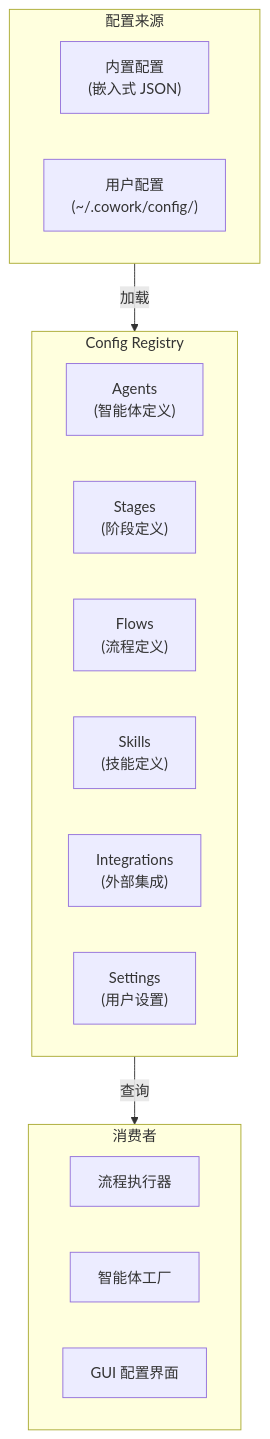
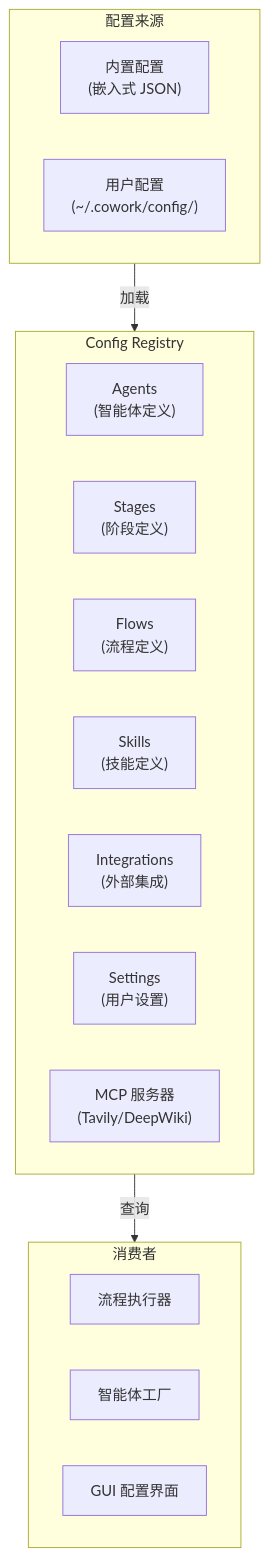
One commit to sopaco/cowork-forge changed diagram 14 of 18 in litho.docs/zh/2、架构概览.md. Above: the diagram before and after it, drawn with Mermaid. The commit also changed other lines of this file and 9 other files, not shown here.

````diff
--- a/litho.docs/zh/2、架构概览.md
+++ b/litho.docs/zh/2、架构概览.md
@@ -927,25 +950,28 @@
 ```mermaid
 flowchart TB
     subgraph Registry["Config Registry"]
         Agents["Agents<br/>(智能体定义)"]
         Stages["Stages<br/>(阶段定义)"]
         Flows["Flows<br/>(流程定义)"]
         Skills["Skills<br/>(技能定义)"]
         Integrations["Integrations<br/>(外部集成)"]
         Settings["Settings<br/>(用户设置)"]
+        MCP["MCP 服务器<br/>(Tavily/DeepWiki)"]
     end
     
     subgraph Sources["配置来源"]
         Builtin["内置配置<br/>(嵌入式 JSON)"]
         User["用户配置<br/>(~/.cowork/config/)"]
+        MCP["MCP 服务器<br/>(Tavily/DeepWiki)"]
     end
     
     subgraph Consumers["消费者"]
         Pipeline["流程执行器"]
         AgentFactory["智能体工厂"]
         GUI["GUI 配置界面"]
+        MCP["MCP 服务器<br/>(Tavily/DeepWiki)"]
     end
     
     Sources -->|加载| Registry
     Registry -->|查询| Consumers
 ```
````
